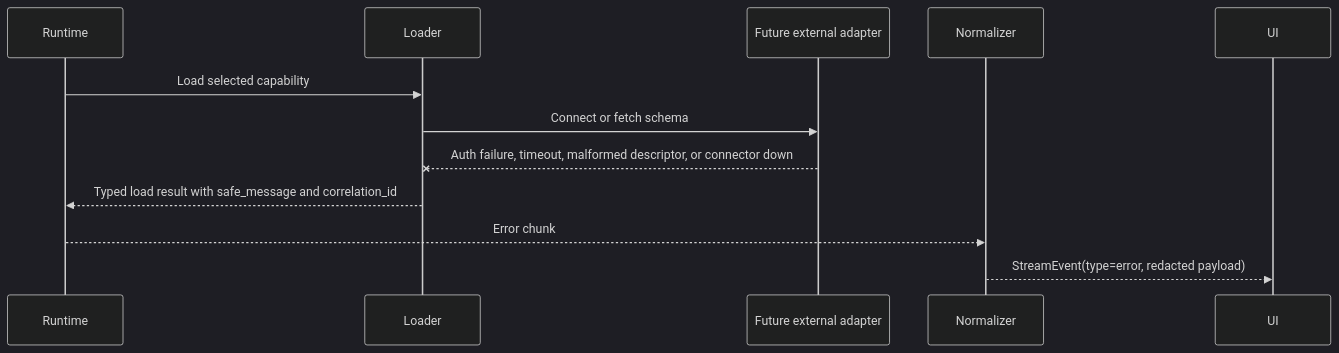
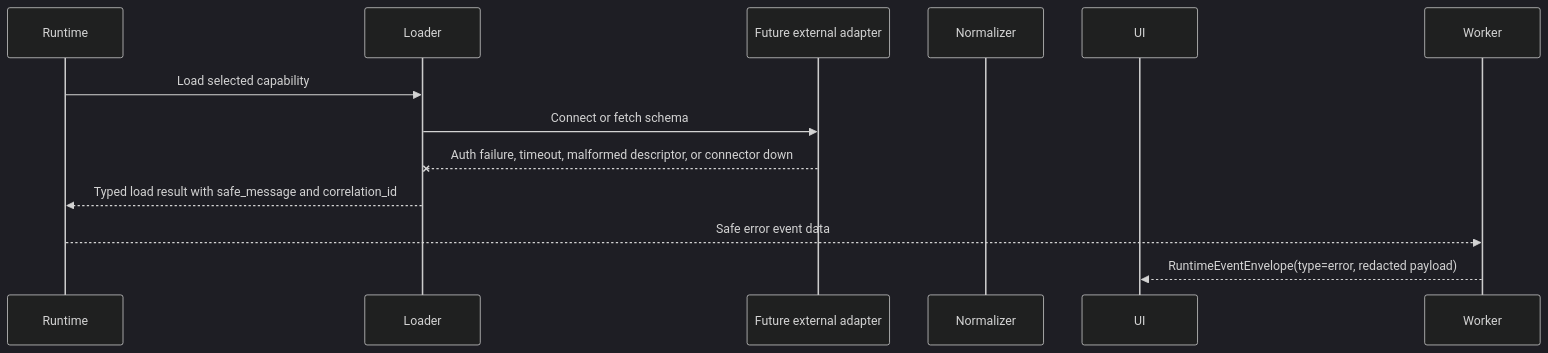
One commit to 0x-copilot-dev/0x-copilot changed the eighth of 8 diagrams in services/ai-backend/docs/architecture/data-flow.md. Above: the diagram before and after it, drawn with Mermaid (dark theme). The commit also changed other lines of this file and 161 other files, not shown here.

````diff
--- a/services/ai-backend/docs/architecture/data-flow.md
+++ b/services/ai-backend/docs/architecture/data-flow.md
@@ -264,15 +266,15 @@
 ```mermaid
 sequenceDiagram
   participant Runtime
   participant Loader
   participant Adapter as Future external adapter
   participant Normalizer
   participant UI
 
   Runtime->>Loader: Load selected capability
   Loader->>Adapter: Connect or fetch schema
   Adapter--xLoader: Auth failure, timeout, malformed descriptor, or connector down
   Loader-->>Runtime: Typed load result with safe_message and correlation_id
-  Runtime-->>Normalizer: Error chunk
-  Normalizer-->>UI: StreamEvent(type=error, redacted payload)
+  Runtime-->>Worker: Safe error event data
+  Worker-->>UI: RuntimeEventEnvelope(type=error, redacted payload)
 ```
````
